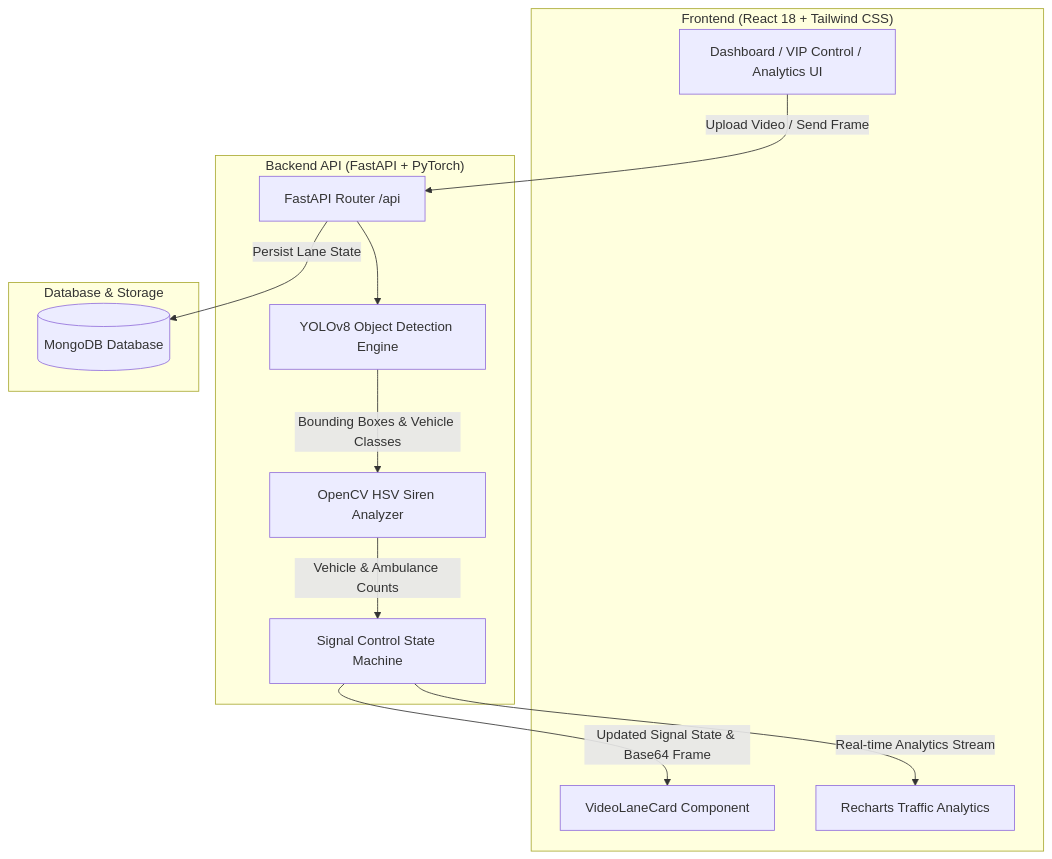
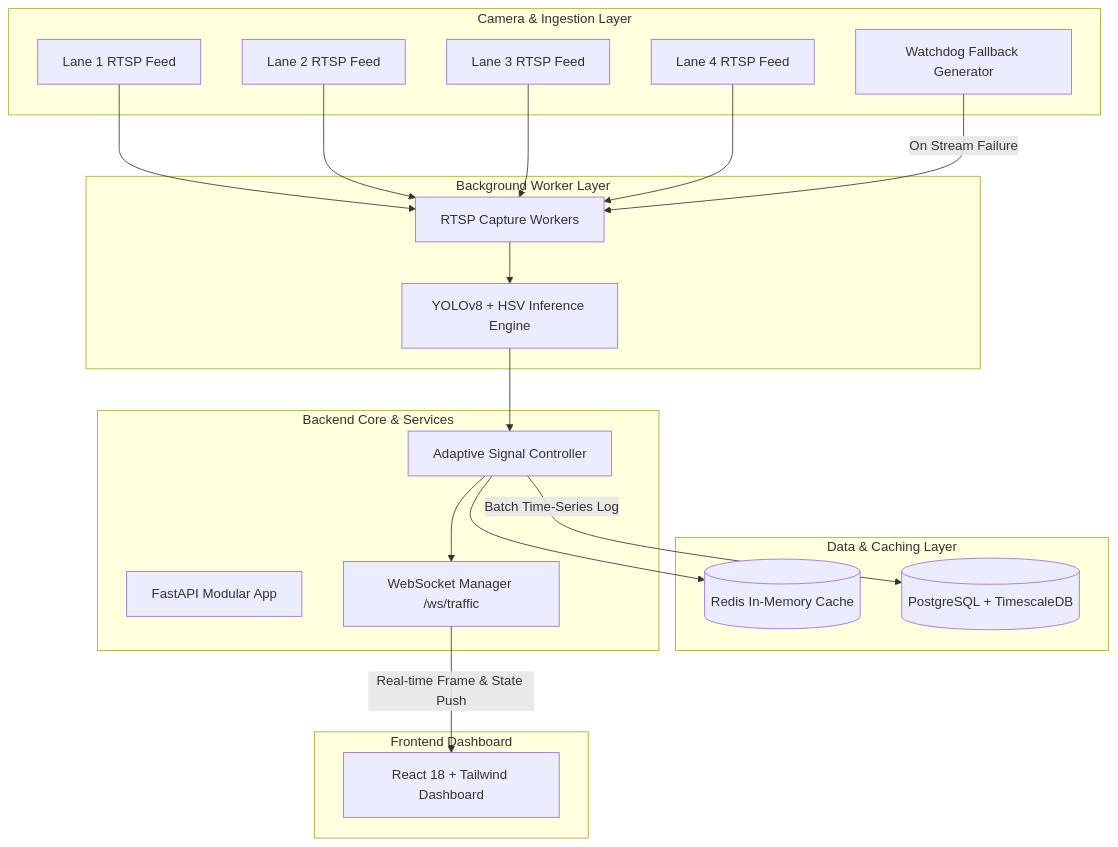
Before and after one commit to adarshhhgupta/trafficmanagementmajor: the second of 2 diagrams in README.md, drawn with Mermaid. The commit also changed other lines of this file and 35 other files, not shown here.

Commit message:
Rebuild project into Urban Pulse: RTSP streams, PostgreSQL/TimescaleDB, Redis, WebSockets, Multi-intersection Green Wave, Pedestrian/Anomaly detection, unit tests, and CI

````diff
--- a/README.md
+++ b/README.md
@@ -46,27 +44,39 @@
 ```mermaid
 graph TD
-    subgraph "Frontend (React 18 + Tailwind CSS)"
-        UI[Dashboard / VIP Control / Analytics UI]
-        Card[VideoLaneCard Component]
-        Charts[Recharts Traffic Analytics]
+    subgraph "Camera & Ingestion Layer"
+        RTSP1[Lane 1 RTSP Feed]
+        RTSP2[Lane 2 RTSP Feed]
+        RTSP3[Lane 3 RTSP Feed]
+        RTSP4[Lane 4 RTSP Feed]
+        Fallback[Watchdog Fallback Generator]
     end
 
-    subgraph "Backend API (FastAPI + PyTorch)"
-        API[FastAPI Router /api]
-        YOLO[YOLOv8 Object Detection Engine]
-        HSV[OpenCV HSV Siren Analyzer]
-        Controller[Signal Control State Machine]
+    subgraph "Background Worker Layer"
+        Workers[RTSP Capture Workers]
+        YOLO[YOLOv8 + HSV Inference Engine]
     end
 
-    subgraph "Database & Storage"
-        Mongo[(MongoDB Database)]
+    subgraph "Data & Caching Layer"
+        Redis[(Redis In-Memory Cache)]
+        TimescaleDB[(PostgreSQL + TimescaleDB)]
     end
 
-    UI -->|Upload Video / Send Frame| API
-    API --> YOLO
-    YOLO -->|Bounding Boxes & Vehicle Classes| HSV
-    HSV -->|Vehicle & Ambulance Counts| Controller
-    Controller -->|Updated Signal State & Base64 Frame| Card
-    API -->|Persist Lane State| Mongo
-    Controller -->|Real-time Analytics Stream| Charts
+    subgraph "Backend Core & Services"
+        API[FastAPI Modular App]
+        WS[WebSocket Manager /ws/traffic]
+        SignalEngine[Adaptive Signal Controller]
+    end
+
+    subgraph "Frontend Dashboard"
+        ReactApp[React 18 + Tailwind Dashboard]
+    end
+
+    RTSP1 & RTSP2 & RTSP3 & RTSP4 --> Workers
+    Fallback -->|On Stream Failure| Workers
+    Workers --> YOLO
+    YOLO --> SignalEngine
+    SignalEngine --> Redis
+    SignalEngine -->|Batch Time-Series Log| TimescaleDB
+    SignalEngine --> WS
+    WS -->|Real-time Frame & State Push| ReactApp
 ```
````
